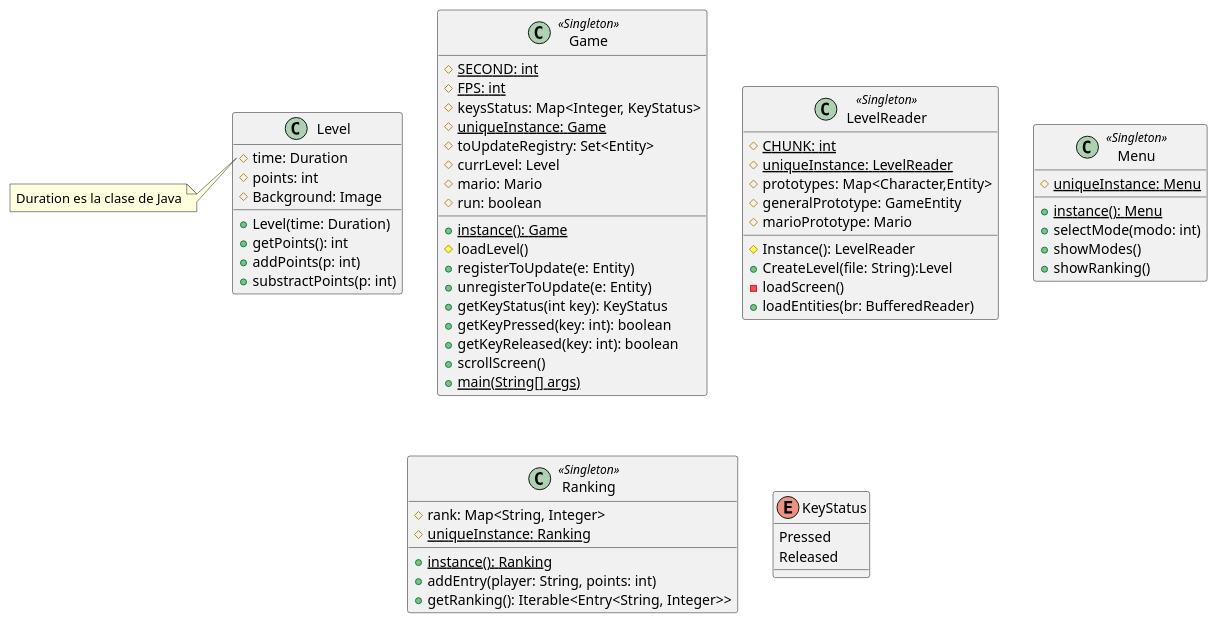
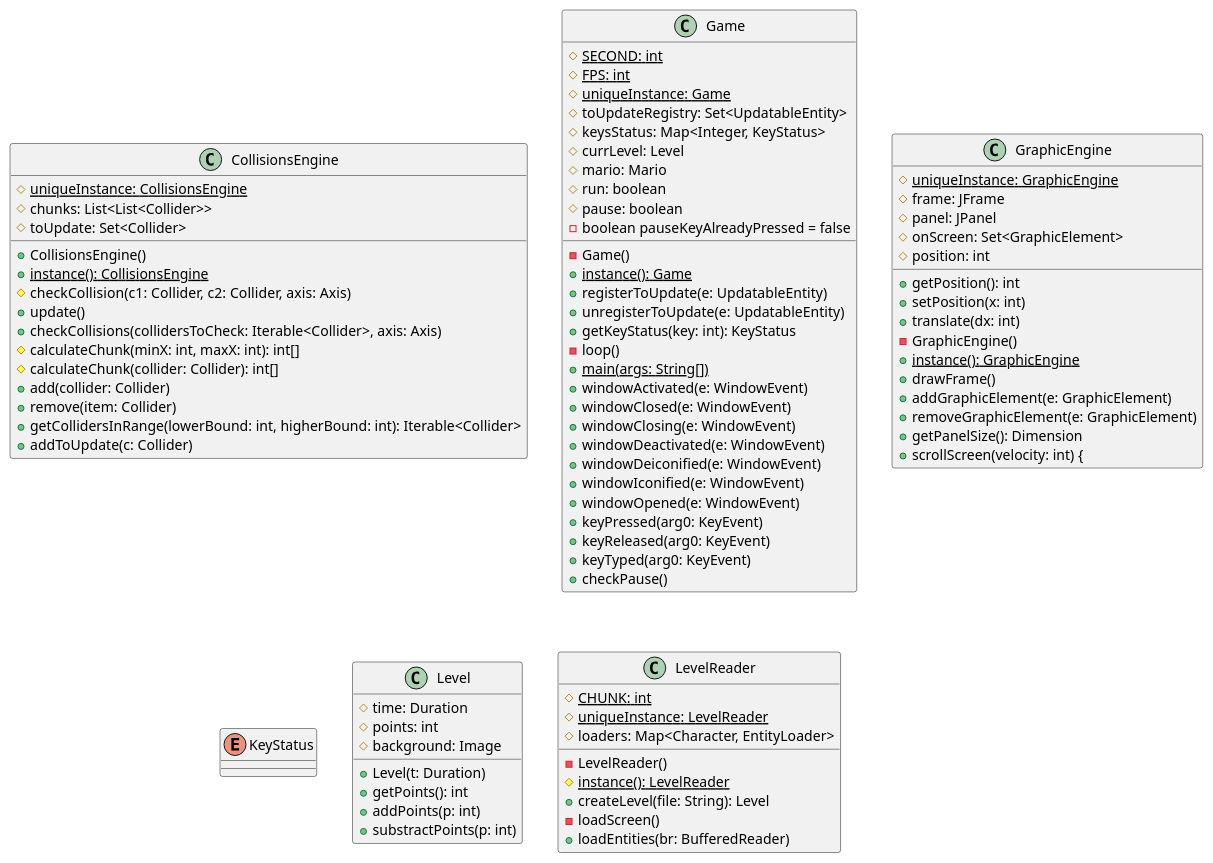
The diagram in Diagramas/diagramas/diagrama-extendido-game.puml (giuli635/SuperMarioBros), drawn with PlantUML before and after one commit. The commit also changed 23 other files, not shown here.

```diff
--- a/Diagramas/diagramas/diagrama-extendido-game.puml
+++ b/Diagramas/diagramas/diagrama-extendido-game.puml
@@ -1,69 +1,92 @@
 @startuml
-class Game <<Singleton>> {
-    #{static} SECOND: int
-    #{static} FPS: int
-    #keysStatus: Map<Integer, KeyStatus>
-    #{static} uniqueInstance: Game
-    #toUpdateRegistry: Set<Entity>
-    #currLevel: Level
-    #mario: Mario
-    #run: boolean
-    +{static} instance(): Game
-    #loadLevel()
-    +registerToUpdate(e: Entity)
-    +unregisterToUpdate(e: Entity)
-    +getKeyStatus(int key): KeyStatus
-    +getKeyPressed(key: int): boolean
-    +getKeyReleased(key: int): boolean
-    +scrollScreen()
-    +{static} main(String[] args)
+class CollisionsEngine {
+   #{static} uniqueInstance: CollisionsEngine
+   #chunks: List<List<Collider>>
+   #toUpdate: Set<Collider>
+   +CollisionsEngine()
+   +{static}instance(): CollisionsEngine 
+   #checkCollision(c1: Collider, c2: Collider, axis: Axis)
+   +update()
+   +checkCollisions(collidersToCheck: Iterable<Collider>, axis: Axis)
+   #calculateChunk(minX: int, maxX: int): int[] 
+   #calculateChunk(collider: Collider): int[] 
+   +add(collider: Collider)
+   +remove(item: Collider)
+   +getCollidersInRange(lowerBound: int, higherBound: int): Iterable<Collider> 
+   +addToUpdate(c: Collider)
 }
 
-
-class Level{
-    #time: Duration
-    #points: int
-    #Background: Image
-    +Level(time: Duration)
-    +getPoints(): int
-    +addPoints(p: int)
-    +substractPoints(p: int)
-}
-note left of Level::time
-Duration es la clase de Java
-end note
-class LevelReader <<Singleton>>{
-    #{static} CHUNK: int
-    #{static} uniqueInstance: LevelReader
-    #prototypes: Map<Character,Entity>
-    #generalPrototype: GameEntity
-    #marioPrototype: Mario
-    #Instance(): LevelReader
-    +CreateLevel(file: String):Level
-    -loadScreen()
-    +loadEntities(br: BufferedReader)
-
+class Game {
+   #{static} SECOND: int
+   #{static} FPS: int
+   #{static} uniqueInstance: Game
+   #toUpdateRegistry: Set<UpdatableEntity>
+   #keysStatus: Map<Integer, KeyStatus>
+   #currLevel: Level
+   #mario: Mario
+   #run: boolean
+   #pause: boolean
+   -boolean pauseKeyAlreadyPressed = false 
+   -Game()
+   +{static}instance(): Game 
+   +registerToUpdate(e: UpdatableEntity)
+   +unregisterToUpdate(e: UpdatableEntity)
+   +getKeyStatus(key: int): KeyStatus 
+   -loop()
+   +{static} main(args: String[])
+   +windowActivated(e: WindowEvent)
+   +windowClosed(e: WindowEvent)
+   +windowClosing(e: WindowEvent)
+   +windowDeactivated(e: WindowEvent)
+   +windowDeiconified(e: WindowEvent)
+   +windowIconified(e: WindowEvent)
+   +windowOpened(e: WindowEvent)
+   +keyPressed(arg0: KeyEvent)
+   +keyReleased(arg0: KeyEvent)
+   +keyTyped(arg0: KeyEvent)
+   +checkPause()
 }
 
-class Menu <<Singleton>> {
-    #{static} uniqueInstance: Menu
-    +{static} instance(): Menu
-    +selectMode(modo: int)
-    +showModes()
-    +showRanking()
-    ' TODO: implementar la UI del menu
+class GraphicEngine {
+   #{static} uniqueInstance: GraphicEngine
+   #frame: JFrame
+   #panel: JPanel
+   #onScreen: Set<GraphicElement>
+   #position: int
+   +getPosition(): int 
+   +setPosition(x: int)
+   +translate(dx: int)
+   -GraphicEngine()
+   +{static}instance(): GraphicEngine 
+   +drawFrame()
+   +addGraphicElement(e: GraphicElement)
+   +removeGraphicElement(e: GraphicElement)
+   +getPanelSize(): Dimension 
+   +scrollScreen(velocity: int) {  
 }
 
-class Ranking <<Singleton>> {
-    #rank: Map<String, Integer>
-    #{static} uniqueInstance: Ranking
-    +{static} instance(): Ranking
-    +addEntry(player: String, points: int)
-    +getRanking(): Iterable<Entry<String, Integer>>
+enum KeyStatus {
 }
 
-enum KeyStatus{
-    Pressed
-    Released
+class Level {
+   #time: Duration
+   #points: int
+   #background: Image
+   +Level(t: Duration)
+   +getPoints(): int 
+   +addPoints(p: int)
+   +substractPoints(p: int)
 }
+
+class LevelReader  {
+   #{static} CHUNK: int
+   #{static} uniqueInstance: LevelReader
+   #loaders: Map<Character, EntityLoader>
+   -LevelReader()
+   #{static}instance(): LevelReader 
+   +createLevel(file: String): Level 
+   -loadScreen()
+   +loadEntities(br: BufferedReader)
+}
+
 @enduml
```
